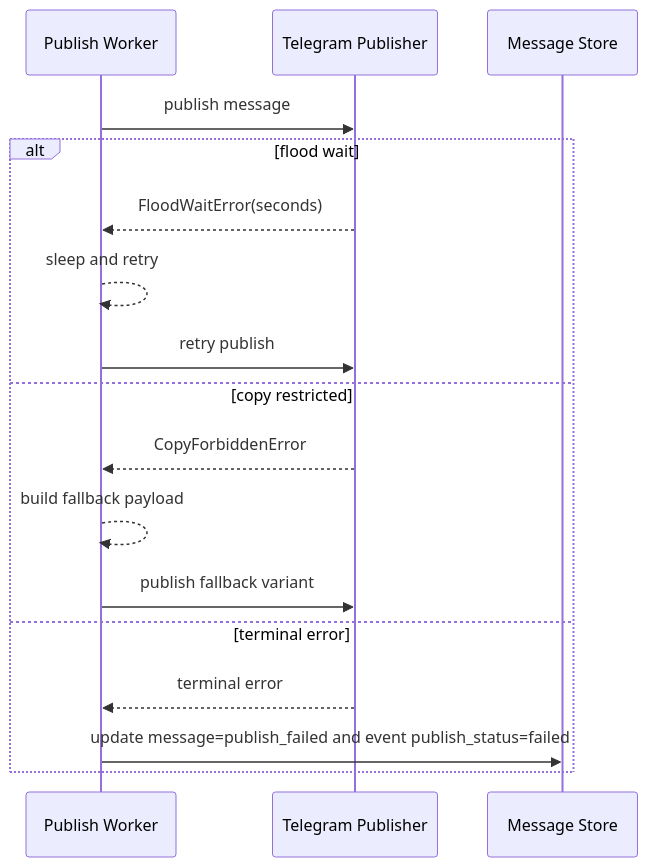
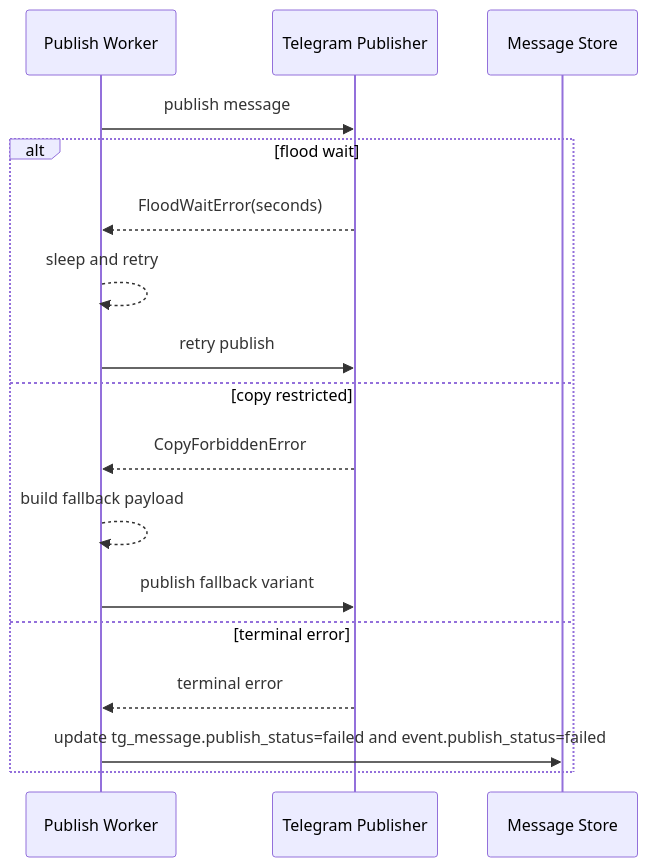
The ninth of 9 diagrams in docs/project/architecture-spec.md (Volodymyt/Telegram-ggregator), drawn with Mermaid before and after one commit. The commit also changed other lines of this file and 41 other files, not shown here.

````diff
--- a/docs/project/architecture-spec.md
+++ b/docs/project/architecture-spec.md
@@ -451,20 +465,20 @@
 ```mermaid
 sequenceDiagram
     participant PubWorker as Publish Worker
     participant Publisher as Telegram Publisher
     participant Store as Message Store
 
     PubWorker->>Publisher: publish message
     alt flood wait
         Publisher-->>PubWorker: FloodWaitError(seconds)
         PubWorker-->>PubWorker: sleep and retry
         PubWorker->>Publisher: retry publish
     else copy restricted
         Publisher-->>PubWorker: CopyForbiddenError
         PubWorker-->>PubWorker: build fallback payload
         PubWorker->>Publisher: publish fallback variant
     else terminal error
         Publisher-->>PubWorker: terminal error
-        PubWorker->>Store: update message=publish_failed and event publish_status=failed
+        PubWorker->>Store: update tg_message.publish_status=failed and event.publish_status=failed
     end
 ```
````
